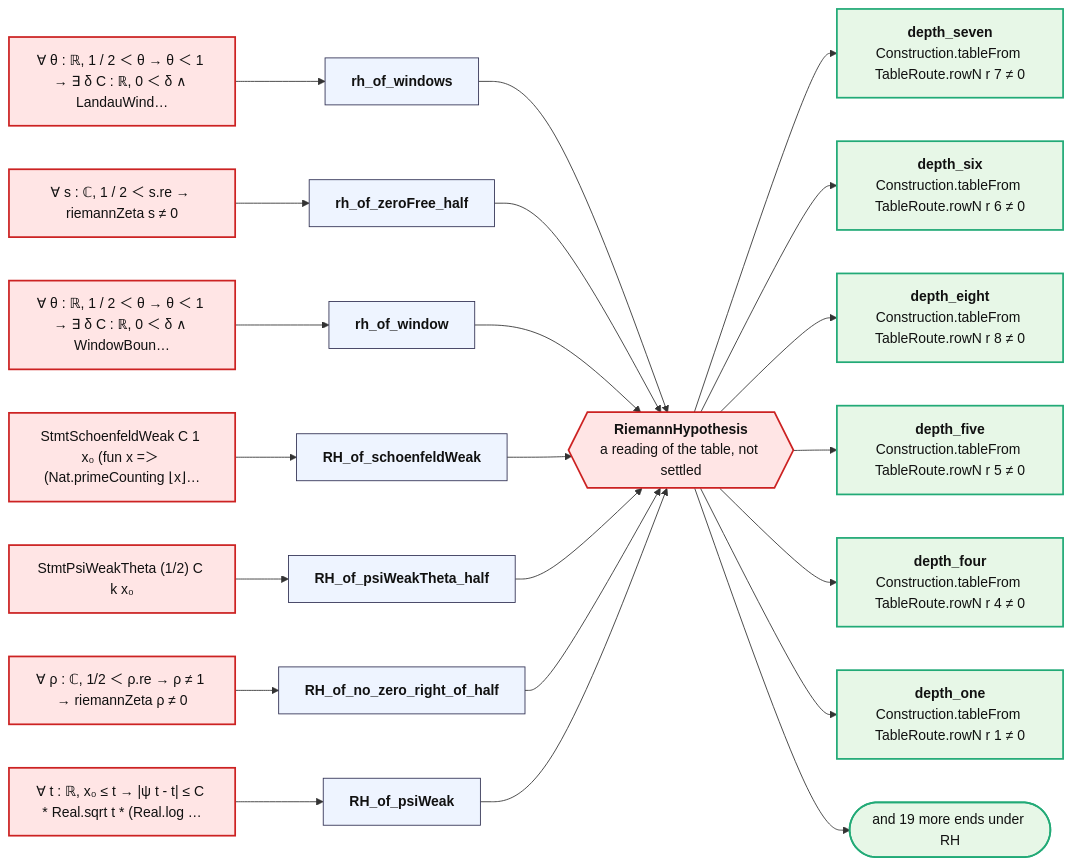
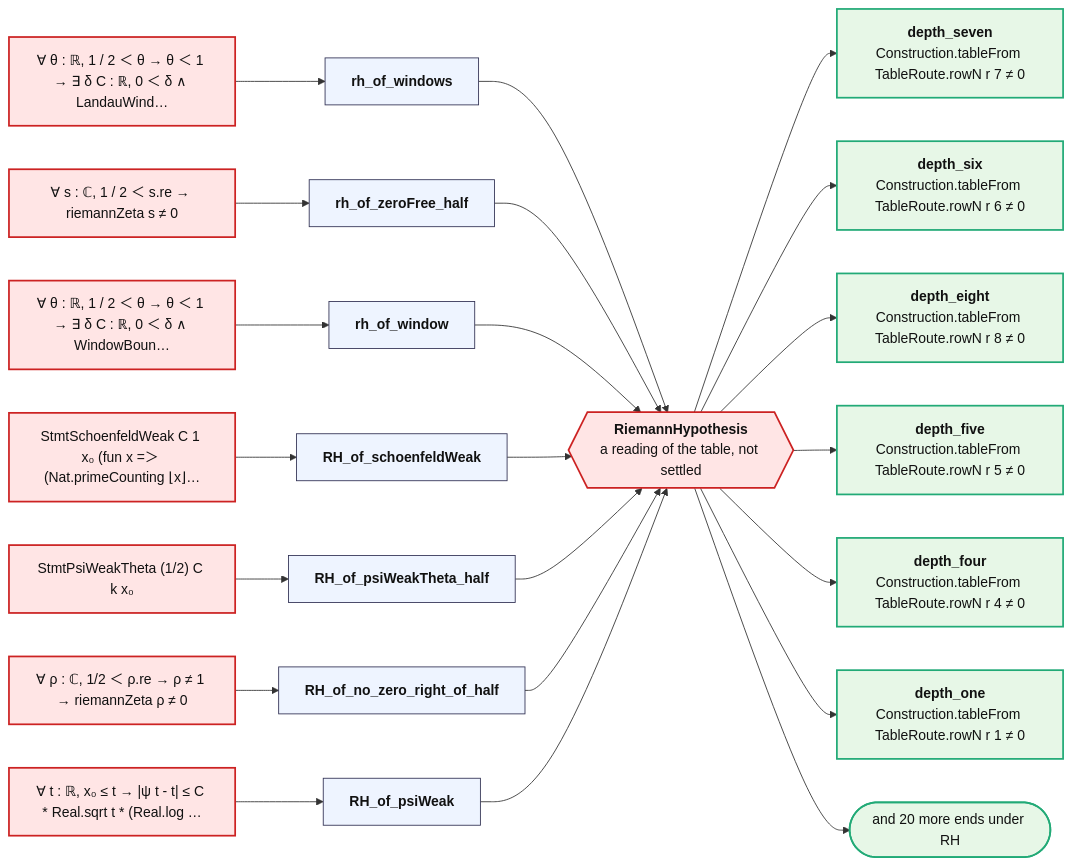
Before and after one commit to juliansambranojr/Primebeat_081426: the diagram in map/ROAD.mmd, drawn with Mermaid. The commit also changed 28 other files, not shown here.

```diff
--- a/map/ROAD.mmd
+++ b/map/ROAD.mmd
@@ -1,45 +1,45 @@
 flowchart LR
   rh{{"<b>RiemannHypothesis</b><br/>a reading of the table, not settled"}}:::bad
   p0["∀ θ : ℝ, 1 / 2 ＜ θ → θ ＜ 1 → ∃ δ C : ℝ, 0 ＜ δ ∧ LandauWind…"]:::bad
   t0["<b>rh_of_windows</b>"]:::thm
   p0 --> t0 --> rh
   p1["∀ s : ℂ, 1 / 2 ＜ s.re → riemannZeta s ≠ 0"]:::bad
   t1["<b>rh_of_zeroFree_half</b>"]:::thm
   p1 --> t1 --> rh
   p2["∀ θ : ℝ, 1 / 2 ＜ θ → θ ＜ 1 → ∃ δ C : ℝ, 0 ＜ δ ∧ WindowBoun…"]:::bad
   t2["<b>rh_of_window</b>"]:::thm
   p2 --> t2 --> rh
   p3["StmtSchoenfeldWeak C 1 x₀ (fun x =＞ (Nat.primeCounting ⌊x⌋…"]:::bad
   t3["<b>RH_of_schoenfeldWeak</b>"]:::thm
   p3 --> t3 --> rh
   p4["StmtPsiWeakTheta (1/2) C k x₀"]:::bad
   t4["<b>RH_of_psiWeakTheta_half</b>"]:::thm
   p4 --> t4 --> rh
   p5["∀ ρ : ℂ, 1/2 ＜ ρ.re → ρ ≠ 1 → riemannZeta ρ ≠ 0"]:::bad
   t5["<b>RH_of_no_zero_right_of_half</b>"]:::thm
   p5 --> t5 --> rh
   p6["∀ t : ℝ, x₀ ≤ t → |ψ t - t| ≤ C * Real.sqrt t * (Real.log …"]:::bad
   t6["<b>RH_of_psiWeak</b>"]:::thm
   p6 --> t6 --> rh
   e0["<b>depth_seven</b><br/>Construction.tableFrom TableRoute.rowN r 7 ≠ 0"]:::end_
   rh --> e0
   e1["<b>depth_six</b><br/>Construction.tableFrom TableRoute.rowN r 6 ≠ 0"]:::end_
   rh --> e1
   e2["<b>depth_eight</b><br/>Construction.tableFrom TableRoute.rowN r 8 ≠ 0"]:::end_
   rh --> e2
   e3["<b>depth_five</b><br/>Construction.tableFrom TableRoute.rowN r 5 ≠ 0"]:::end_
   rh --> e3
   e4["<b>depth_four</b><br/>Construction.tableFrom TableRoute.rowN r 4 ≠ 0"]:::end_
   rh --> e4
   e5["<b>depth_one</b><br/>Construction.tableFrom TableRoute.rowN r 1 ≠ 0"]:::end_
   rh --> e5
-  more(["and 19 more ends under RH"]):::end_
+  more(["and 20 more ends under RH"]):::end_
   rh --> more
   classDef cnt fill:#dff5ec,stroke:#17694a,color:#111
   classDef shp fill:#f1ecfb,stroke:#5b3fa0,color:#111
   classDef rh fill:#ffe5e5,stroke:#c22,color:#111,stroke-width:2px
   classDef thm fill:#eef4ff,stroke:#335,color:#111
   classDef end_ fill:#e7f7e7,stroke:#2a7,color:#111,stroke-width:2px
   classDef lone fill:#fff,stroke:#999,color:#111,stroke-dasharray:4 3
   classDef bad fill:#ffe5e5,stroke:#c22,color:#111,stroke-width:2px
   classDef ext fill:#fff8e1,stroke:#b80,color:#111
```
